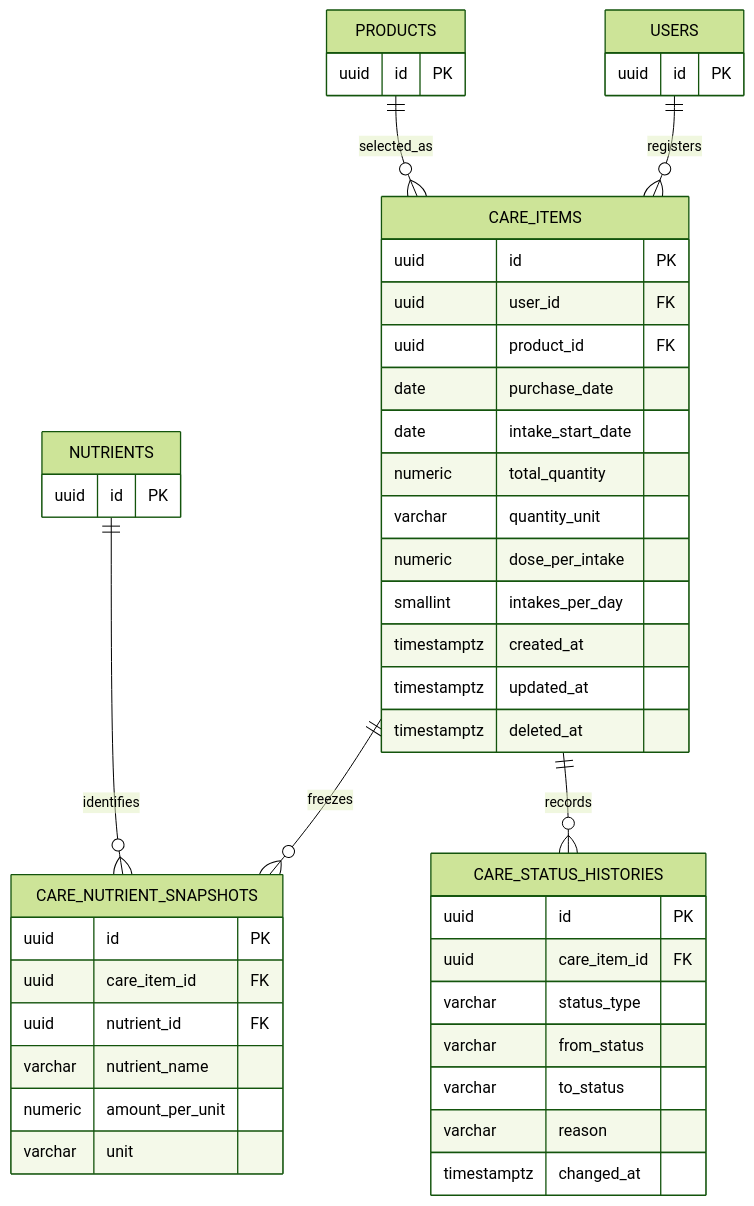
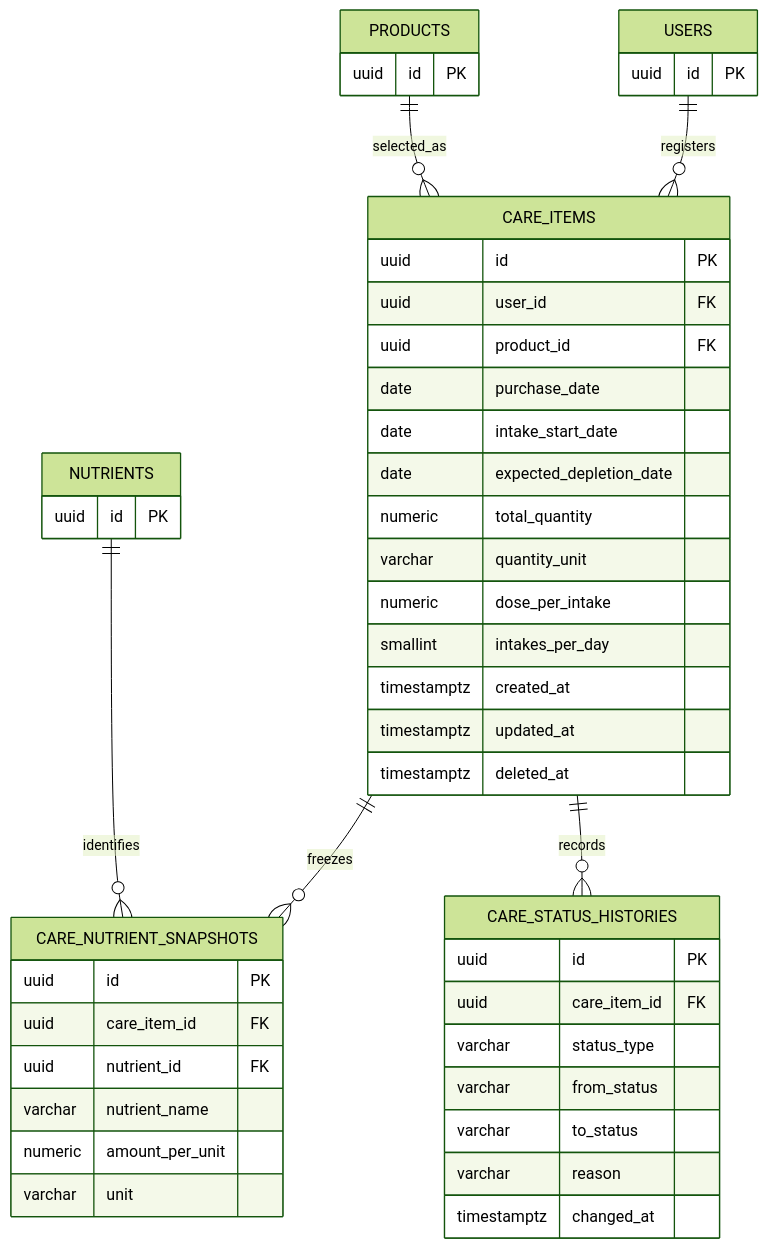
Before and after one commit to Pilot-project-python5/backend: the third of 4 diagrams in docs/architecture/erd.md, drawn with Mermaid (forest theme). The commit also changed other lines of this file and 34 other files, not shown here.

````diff
--- a/docs/architecture/erd.md
+++ b/docs/architecture/erd.md
@@ -272,54 +272,55 @@
 ```mermaid
 erDiagram
     USERS ||--o{ CARE_ITEMS : registers
     PRODUCTS ||--o{ CARE_ITEMS : selected_as
     CARE_ITEMS ||--o{ CARE_NUTRIENT_SNAPSHOTS : freezes
     NUTRIENTS ||--o{ CARE_NUTRIENT_SNAPSHOTS : identifies
     CARE_ITEMS ||--o{ CARE_STATUS_HISTORIES : records
 
     USERS {
         uuid id PK
     }
 
     PRODUCTS {
         uuid id PK
     }
 
     NUTRIENTS {
         uuid id PK
     }
 
     CARE_ITEMS {
         uuid id PK
         uuid user_id FK
         uuid product_id FK
         date purchase_date
         date intake_start_date
+        date expected_depletion_date
         numeric total_quantity
         varchar quantity_unit
         numeric dose_per_intake
         smallint intakes_per_day
         timestamptz created_at
         timestamptz updated_at
         timestamptz deleted_at
     }
 
     CARE_NUTRIENT_SNAPSHOTS {
         uuid id PK
         uuid care_item_id FK
         uuid nutrient_id FK
         varchar nutrient_name
         numeric amount_per_unit
         varchar unit
     }
 
     CARE_STATUS_HISTORIES {
         uuid id PK
         uuid care_item_id FK
         varchar status_type
         varchar from_status
         varchar to_status
         varchar reason
         timestamptz changed_at
     }
 ```
````
